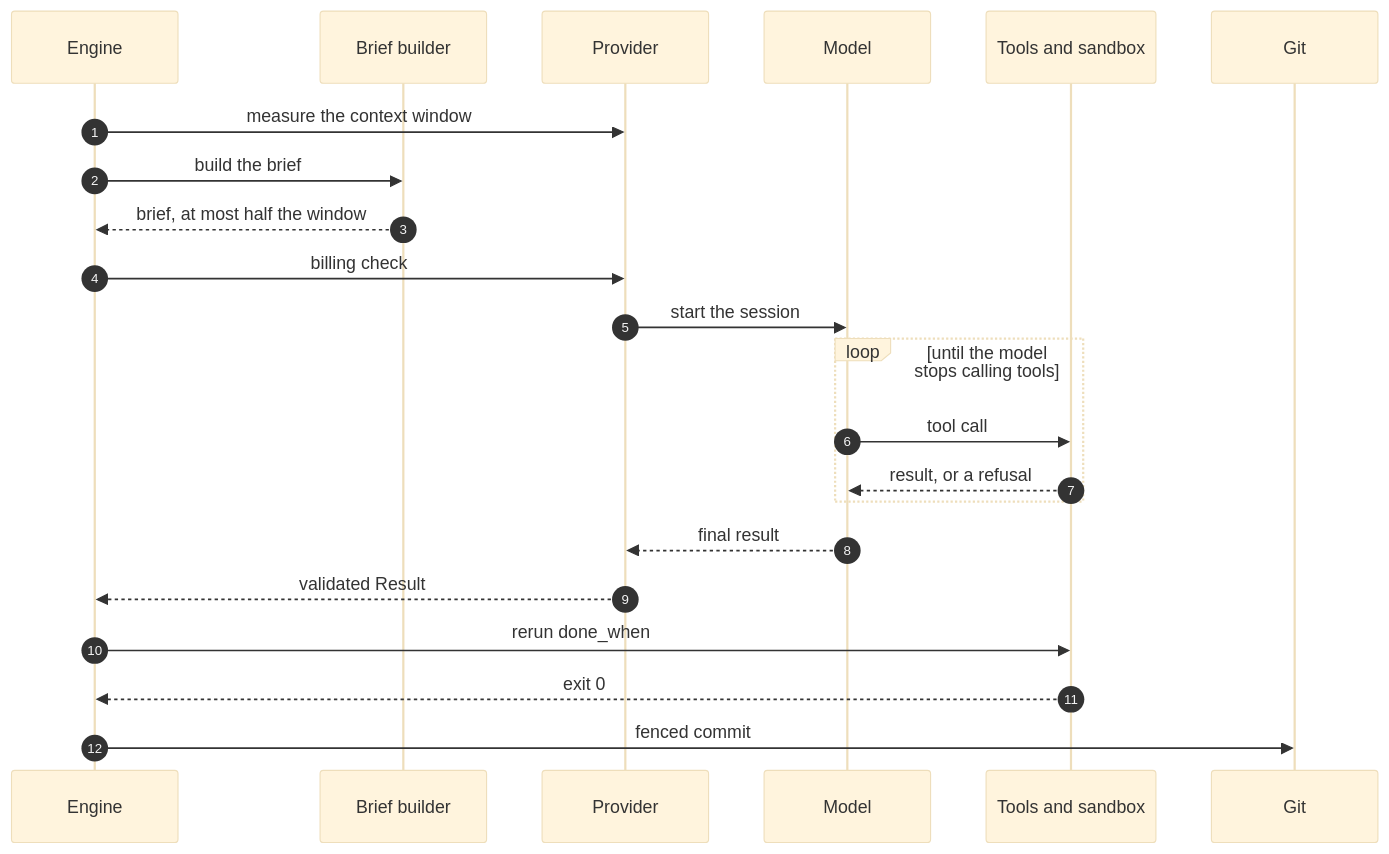
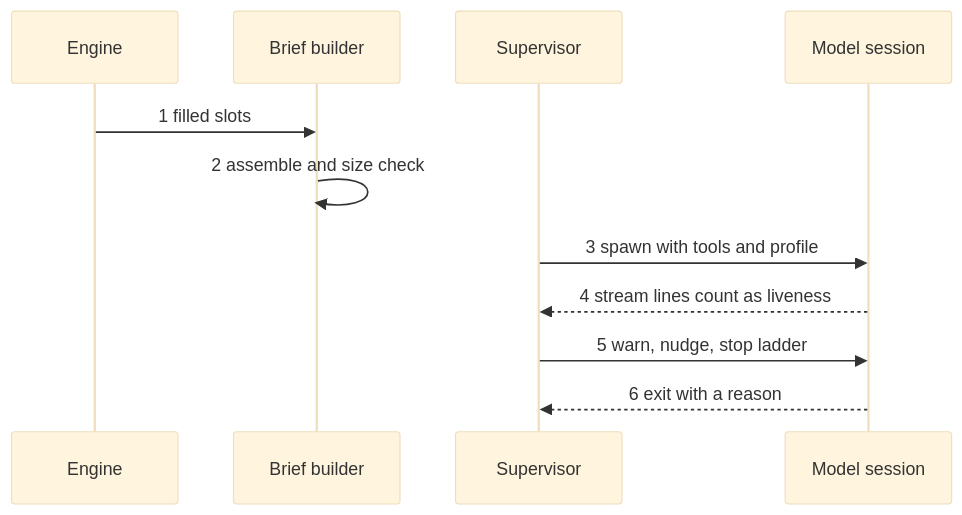
Before and after one commit to rdevitto86/komodo-agentic-harness-coding: diagram 16 of 46 in docs/hld.md, drawn with Mermaid (base theme). The commit also changed other lines of this file and 2 other files, not shown here.

First line of the commit message:
docs: HLD rewritten as an architecture-only document with 14 subsystem pages and the former Appendix S folded in

````diff
--- a/docs/hld.md
+++ b/docs/hld.md
@@ -425,24 +854,13 @@
 ```mermaid
 sequenceDiagram
-  autonumber
   participant E as Engine
   participant B as Brief builder
-  participant P as Provider
-  participant M as Model
-  participant T as Tools and sandbox
-  participant G as Git
-  E->>P: measure the context window
-  E->>B: build the brief
-  B-->>E: brief, at most half the window
-  E->>P: billing check
-  P->>M: start the session
-  loop until the model stops calling tools
-    M->>T: tool call
-    T-->>M: result, or a refusal
-  end
-  M-->>P: final result
-  P-->>E: validated Result
-  E->>T: rerun done_when
-  T-->>E: exit 0
-  E->>G: fenced commit
+  participant S as Supervisor
+  participant M as Model session
+  E->>B: 1 filled slots
+  B->>B: 2 assemble and size check
+  S->>M: 3 spawn with tools and profile
+  M-->>S: 4 stream lines count as liveness
+  S->>M: 5 warn, nudge, stop ladder
+  M-->>S: 6 exit with a reason
 ```
````
